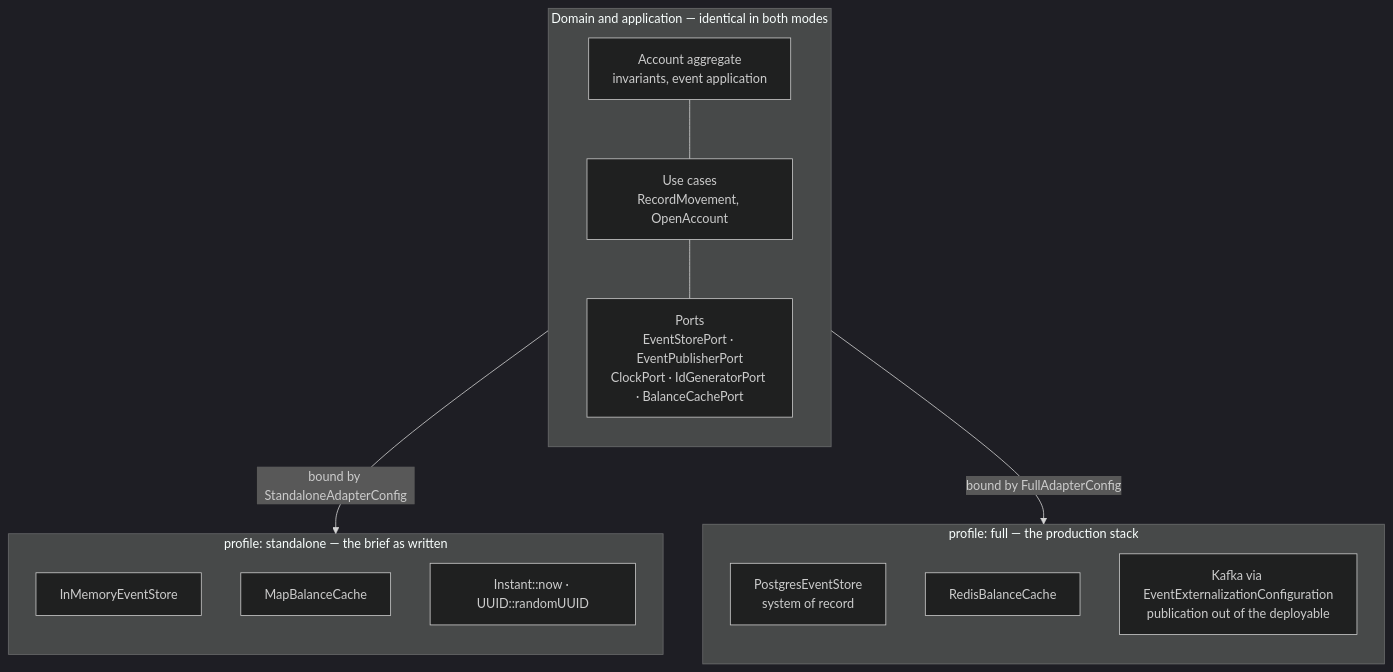
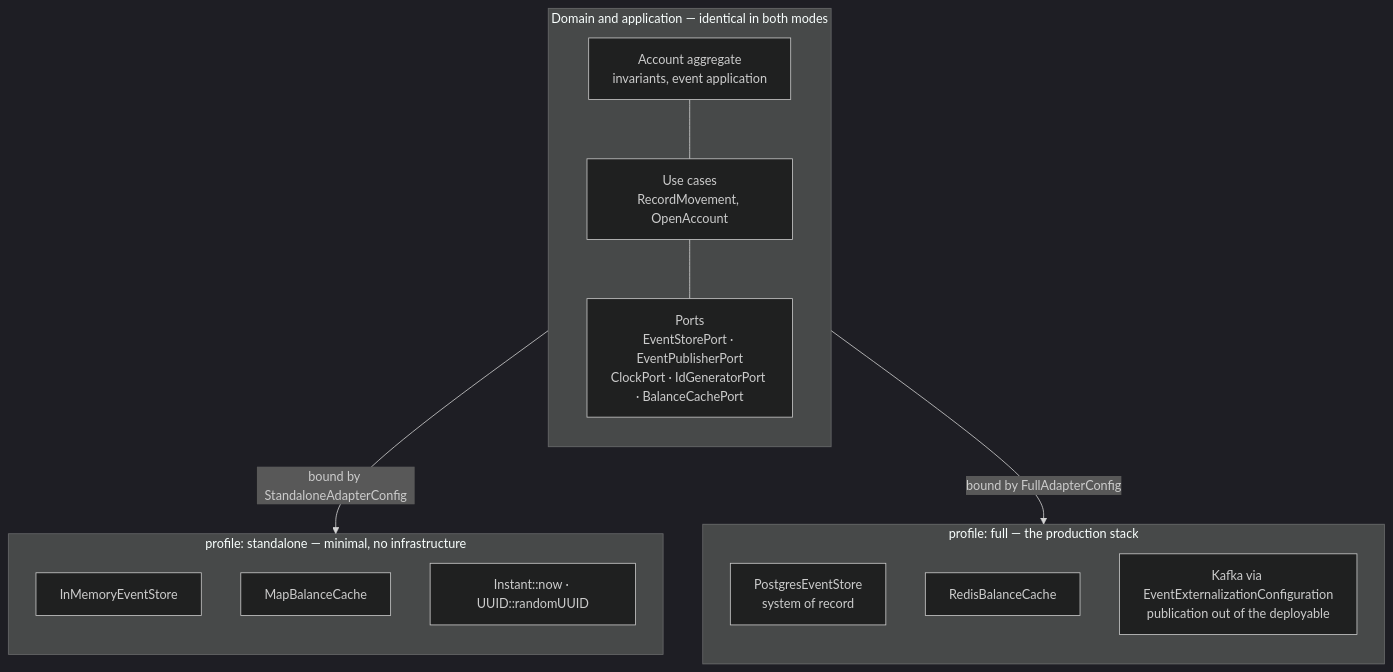
One commit to ffroliva/tiny-ledger changed the first of 3 diagrams in docs/architecture.md. Above: the diagram before and after it, drawn with Mermaid (dark theme). The commit also changed other lines of this file and 10 other files, not shown here.

````diff
--- a/docs/architecture.md
+++ b/docs/architecture.md
@@ -20,27 +20,27 @@
 ```mermaid
 flowchart TB
     subgraph core["Domain and application — identical in both modes"]
         direction TB
         AGG["Account aggregate<br/>invariants, event application"]
         UC["Use cases<br/>RecordMovement, OpenAccount"]
         PORTS["Ports<br/>EventStorePort · EventPublisherPort<br/>ClockPort · IdGeneratorPort · BalanceCachePort"]
         AGG --- UC --- PORTS
     end
 
-    subgraph standalone["profile: standalone — the brief as written"]
+    subgraph standalone["profile: standalone — minimal, no infrastructure"]
         direction TB
         S1["InMemoryEventStore"]
         S2["MapBalanceCache"]
         S3["Instant::now · UUID::randomUUID"]
     end
 
     subgraph full["profile: full — the production stack"]
         direction TB
         F1["PostgresEventStore<br/>system of record"]
         F2["RedisBalanceCache"]
         F3["Kafka via EventExternalizationConfiguration<br/>publication out of the deployable"]
     end
 
     PORTS -->|"bound by StandaloneAdapterConfig"| standalone
     PORTS -->|"bound by FullAdapterConfig"| full
 ```
````
